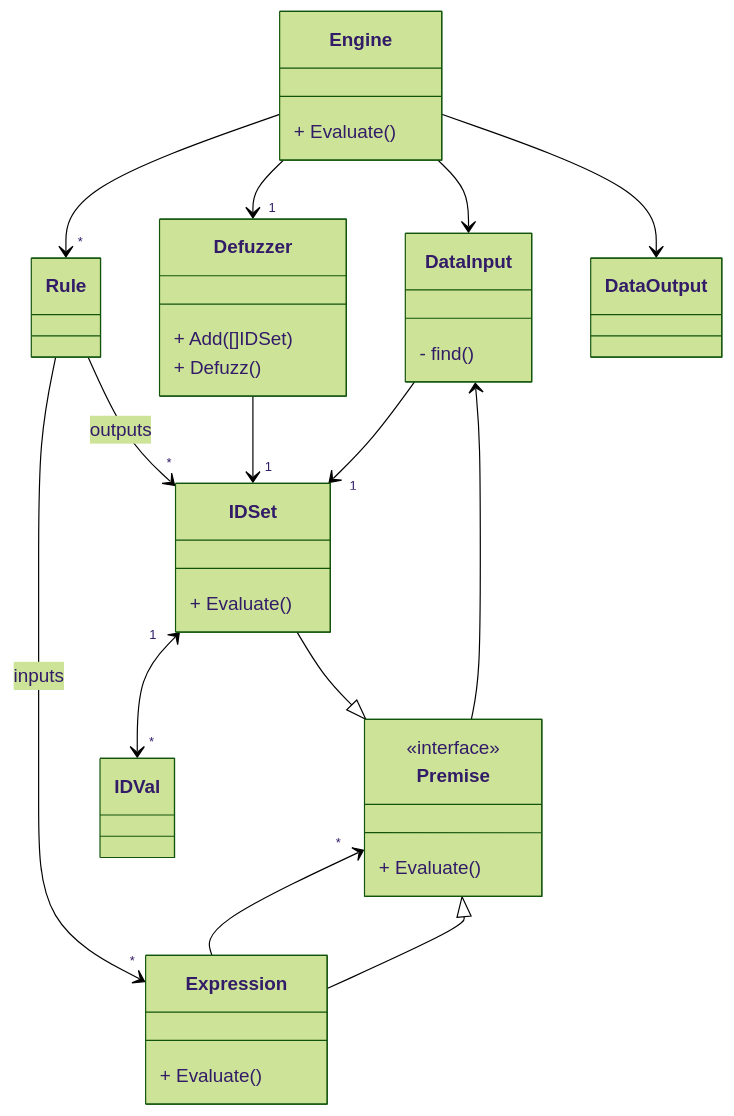
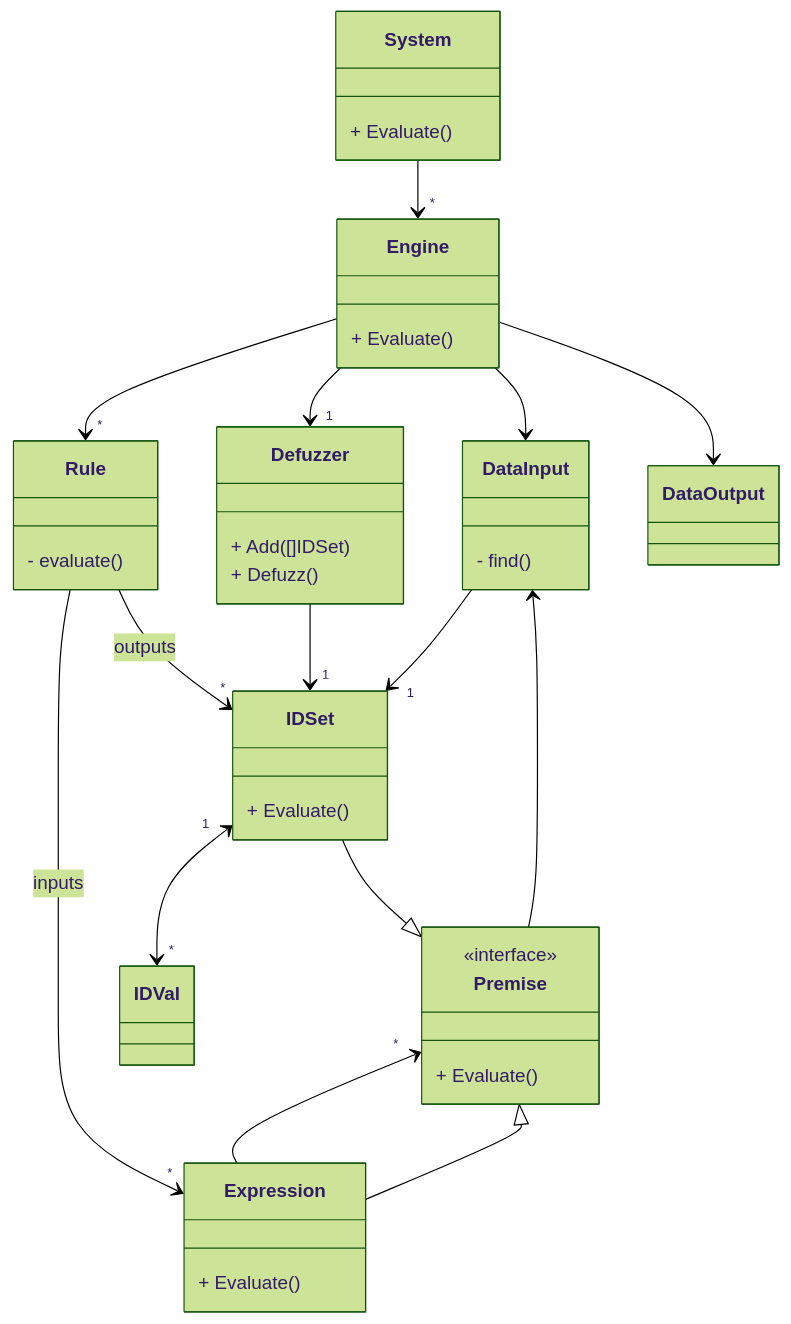
The diagram in readme.md (sbiemont/fugologic), drawn with Mermaid (forest theme) before and after one commit.

Commit message:
add system doc

````diff
--- a/readme.md
+++ b/readme.md
@@ -227,41 +227,48 @@
 ```mermaid
 classDiagram
   class Premise {
     <<interface>>
     + Evaluate()
   }
   class Expression {
     + Evaluate()
   }
   class Engine {
     + Evaluate()
   }
   class IDSet {
     + Evaluate()
   }
   class Defuzzer {
     + Add([]IDSet)
     + Defuzz()
   }
   class DataInput {
     - find()
   }
+  class System {
+    + Evaluate()
+  }
+  class Rule {
+    - evaluate()
+  }
 
+  System --> "*" Engine
   DataInput --> "1" IDSet
   Defuzzer --> "1" IDSet
 
   IDSet "1" <--> "*" IDVal
 
   Premise "*" <-- Expression
   Expression --|> Premise
   IDSet --|> Premise
   DataInput <-- Premise
 
   Engine --> "*" Rule
   Engine --> "1" Defuzzer
   Engine --> DataInput
   Engine --> DataOutput
 
   Rule --> "*" Expression : inputs
   Rule --> "*" IDSet : outputs
 ```
````
